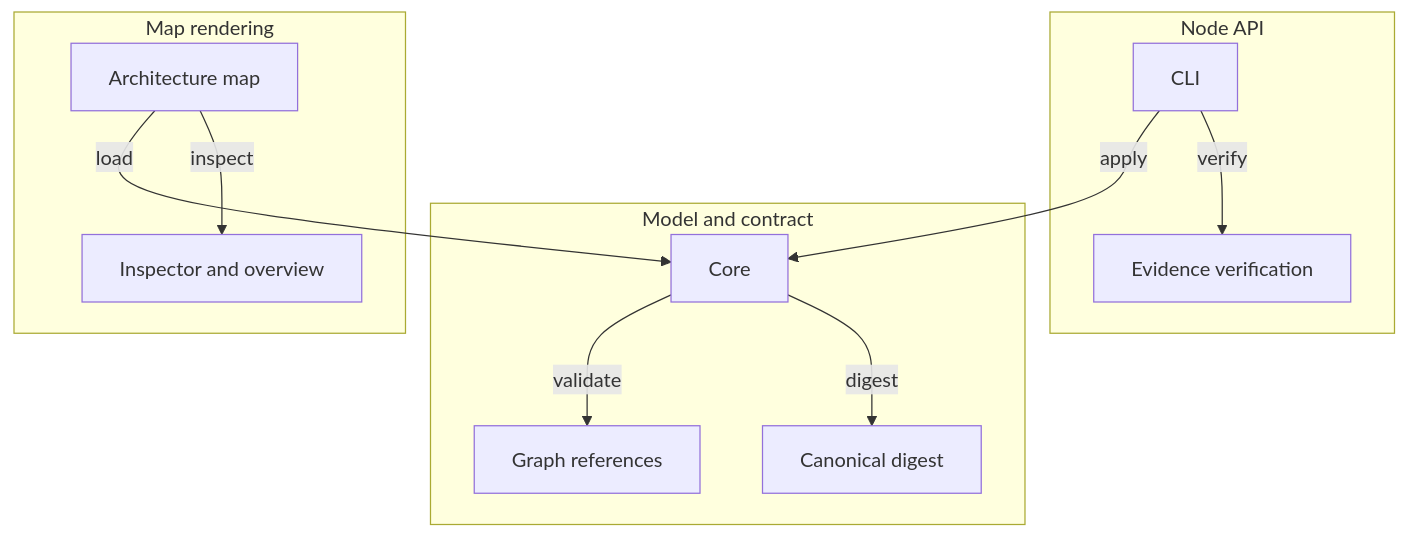
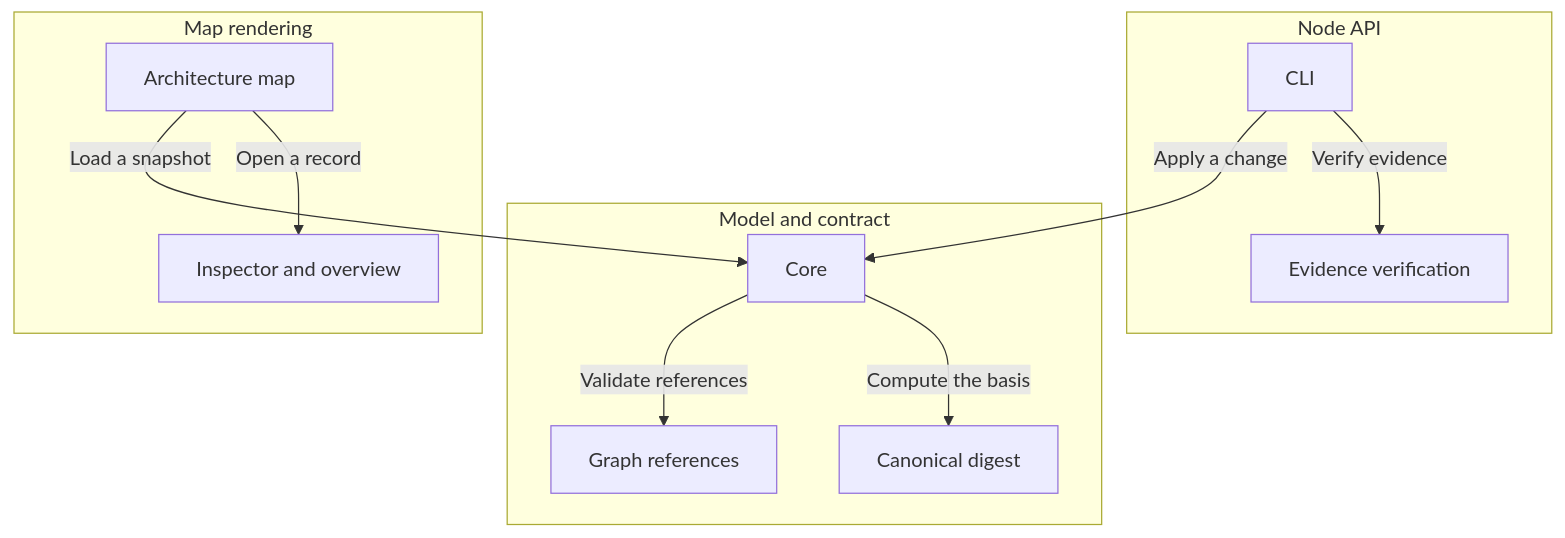
One commit to umnick02/archivarius changed the diagram in README.md. Above: the diagram before and after it, drawn with Mermaid. The commit also changed other lines of this file and 5 other files, not shown here.

First line of the commit message:
Render the readme as the map's diagram instead of a record dump

````diff
--- a/README.md
+++ b/README.md
@@ -7,22 +5,22 @@
 ```mermaid
 flowchart TD
     subgraph c-model["Model and contract"]
         c-core["Core"]
         c-graph["Graph references"]
         c-digest["Canonical digest"]
     end
     subgraph c-node-api["Node API"]
         c-cli["CLI"]
         c-evidence["Evidence verification"]
     end
     subgraph c-render["Map rendering"]
         c-map["Architecture map"]
         c-inspector["Inspector and overview"]
     end
-    c-map -->|"load"| c-core
-    c-core -->|"validate"| c-graph
-    c-core -->|"digest"| c-digest
-    c-map -->|"inspect"| c-inspector
-    c-cli -->|"apply"| c-core
-    c-cli -->|"verify"| c-evidence
+    c-map -->|"Load a snapshot"| c-core
+    c-core -->|"Validate references"| c-graph
+    c-core -->|"Compute the basis"| c-digest
+    c-map -->|"Open a record"| c-inspector
+    c-cli -->|"Apply a change"| c-core
+    c-cli -->|"Verify evidence"| c-evidence
 ```
````
